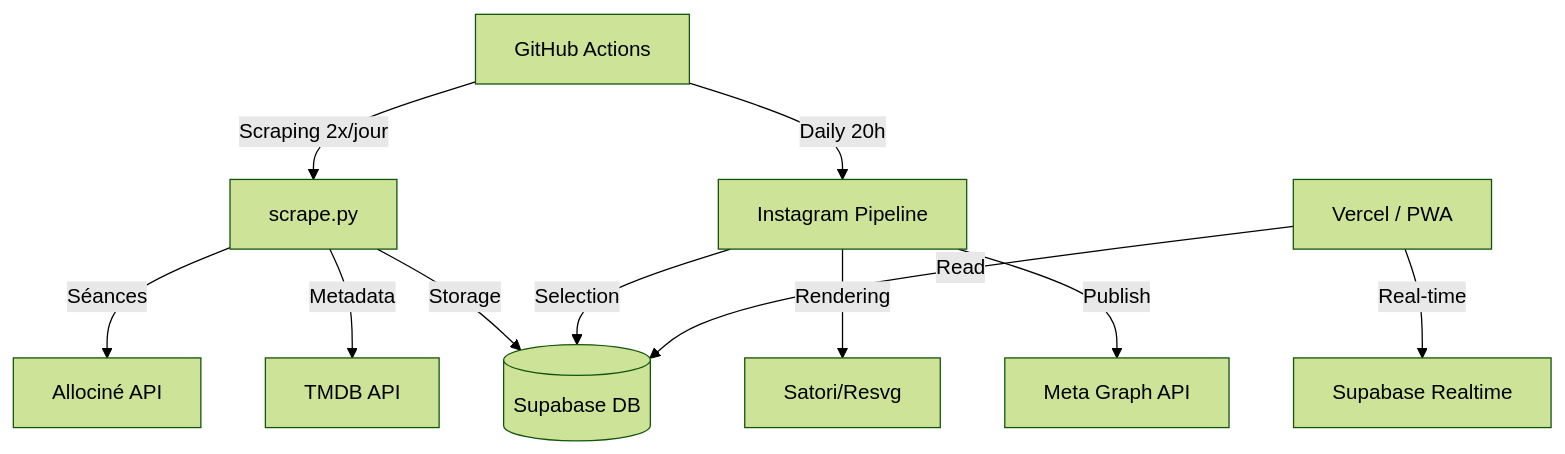
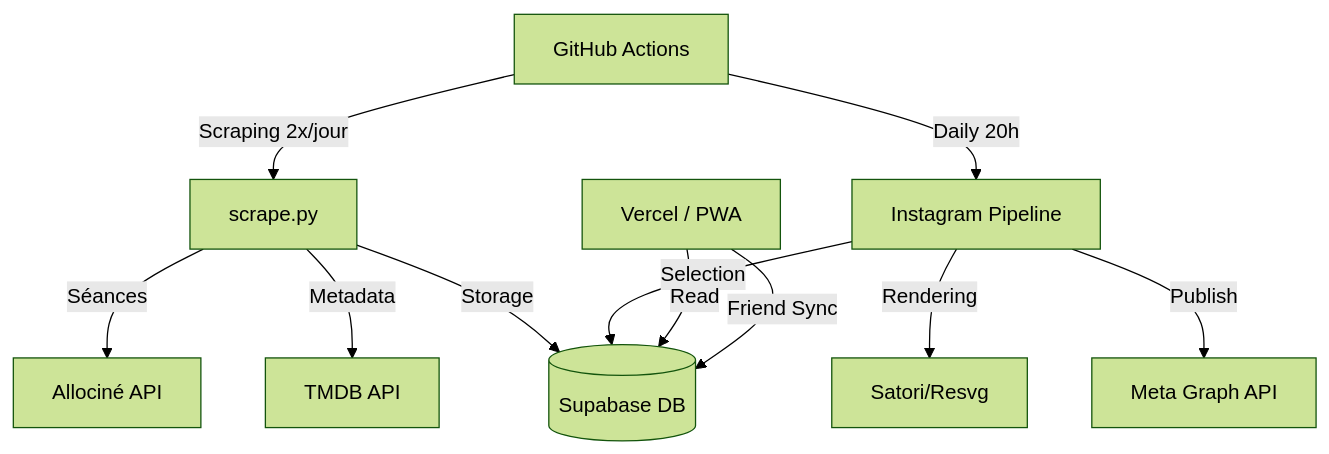
One commit to abdu-63/cinelyon changed the diagram in README.md. Above: the diagram before and after it, drawn with Mermaid (forest theme). The commit also changed other lines of this file, not shown here.

````diff
--- a/README.md
+++ b/README.md
@@ -67,15 +59,15 @@
 ```mermaid
 graph TD
     GA[GitHub Actions] -->|Scraping 2x/jour| S[scrape.py]
     S -->|Séances| AL[Allociné API]
     S -->|Metadata| TM[TMDB API]
     S -->|Storage| SUP[(Supabase DB)]
     
     GA -->|Daily 20h| INST[Instagram Pipeline]
     INST -->|Selection| SUP
     INST -->|Rendering| Satori[Satori/Resvg]
     INST -->|Publish| Meta[Meta Graph API]
     
     V[Vercel / PWA] -->|Read| SUP
-    V -->|Real-time| Sync[Supabase Realtime]
+    V -->|Friend Sync| SUP
 ```
````
